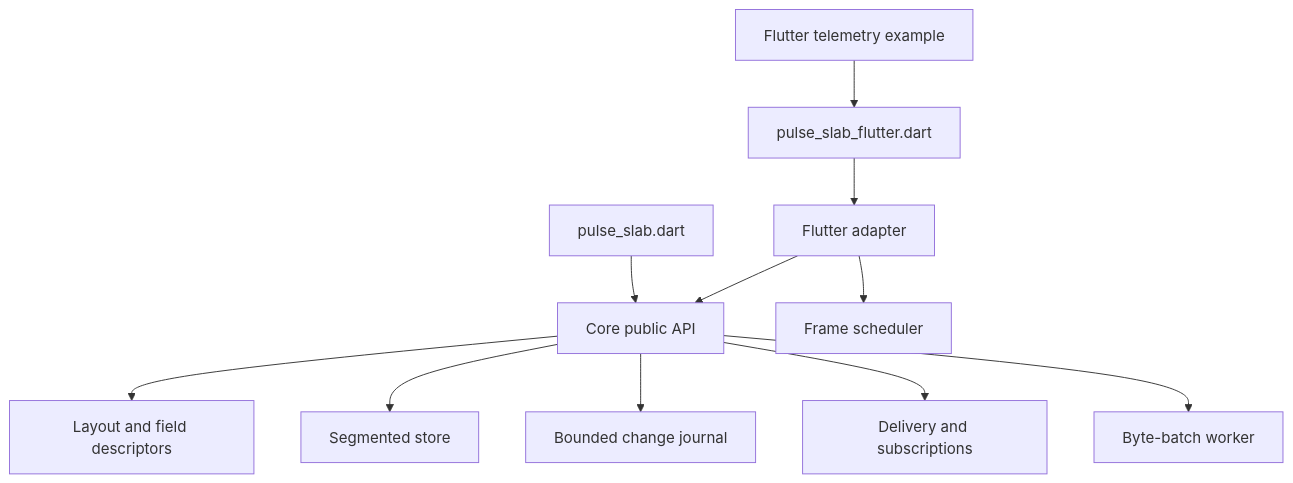
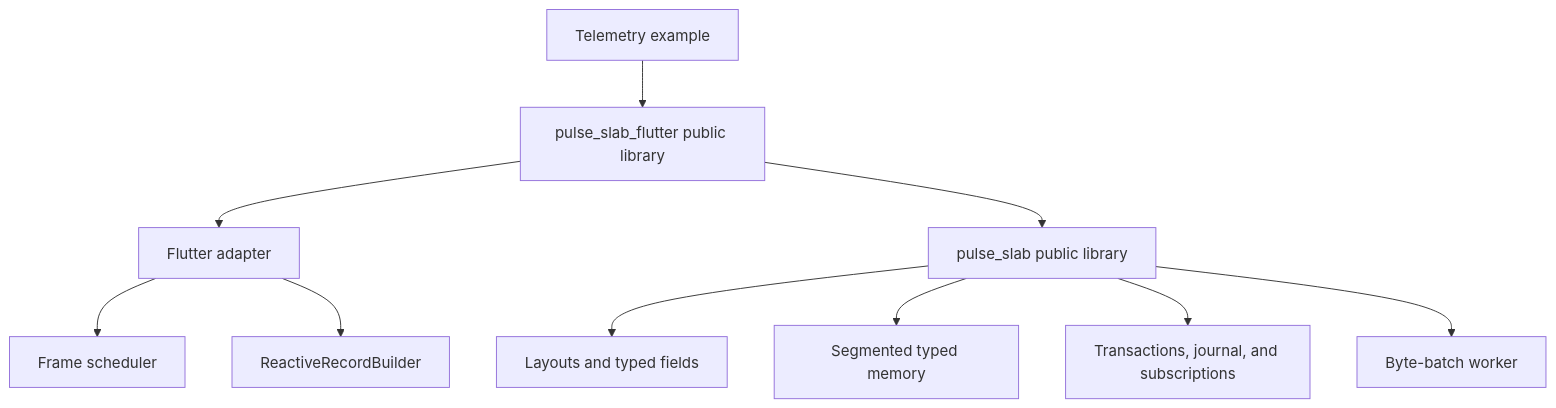
The fourth of 4 diagrams in docs/architecture.md (JohannesHupp/pulse_slab), drawn with Mermaid before and after one commit. The commit also changed other lines of this file and 192 other files, not shown here.

Commit message:
feat: Split Package in Dart Core Package and Flutter Adapter Package

````diff
--- a/docs/architecture.md
+++ b/docs/architecture.md
@@ -47,13 +67,14 @@
 ```mermaid
-flowchart TD
-  Public[pulse_slab.dart] --> Core[Core public API]
-  FlutterPublic[pulse_slab_flutter.dart] --> FlutterAdapter[Flutter adapter]
-  Core --> Layout[Layout and field descriptors]
-  Core --> Store[Segmented store]
-  Core --> Journal[Bounded change journal]
-  Core --> Subscription[Delivery and subscriptions]
-  Core --> Worker[Byte-batch worker]
-  FlutterAdapter --> Core
+flowchart TB
+  CorePublic["pulse_slab public library"] --> Layout[Layouts and typed fields]
+  CorePublic --> Memory[Segmented typed memory]
+  CorePublic --> Reactive[Transactions, journal, and subscriptions]
+  CorePublic --> Worker[Byte-batch worker]
+
+  FlutterPublic["pulse_slab_flutter public library"] --> FlutterAdapter[Flutter adapter]
+  FlutterPublic --> CorePublic
   FlutterAdapter --> Scheduler[Frame scheduler]
-  Example[Flutter telemetry example] --> FlutterPublic
+  FlutterAdapter --> Builder[ReactiveRecordBuilder]
+
+  Example[Telemetry example] --> FlutterPublic
 ```
````
